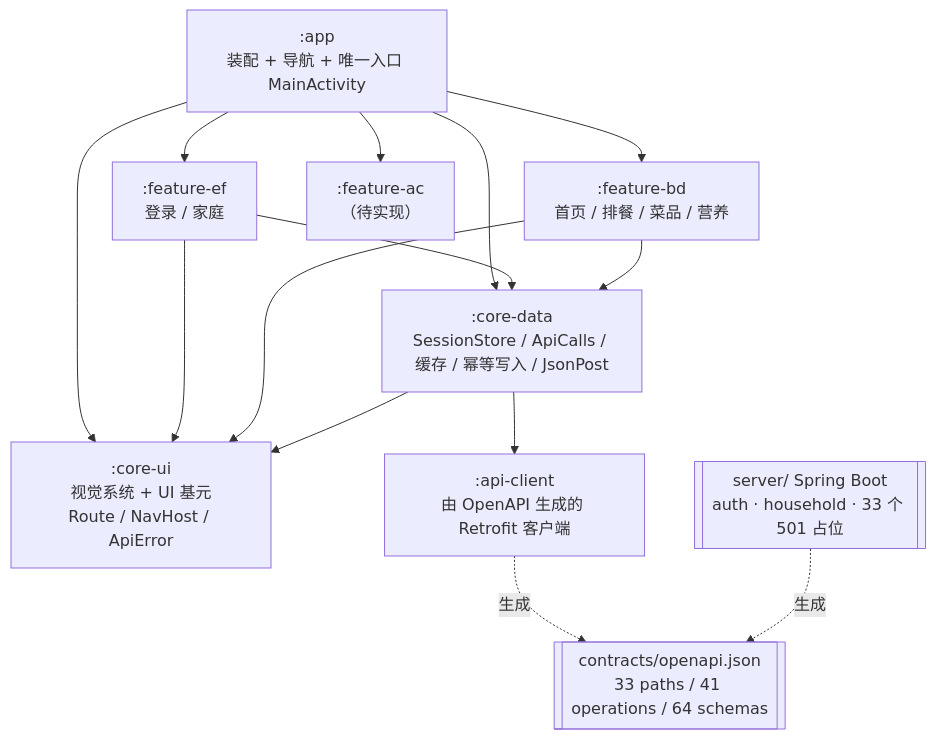
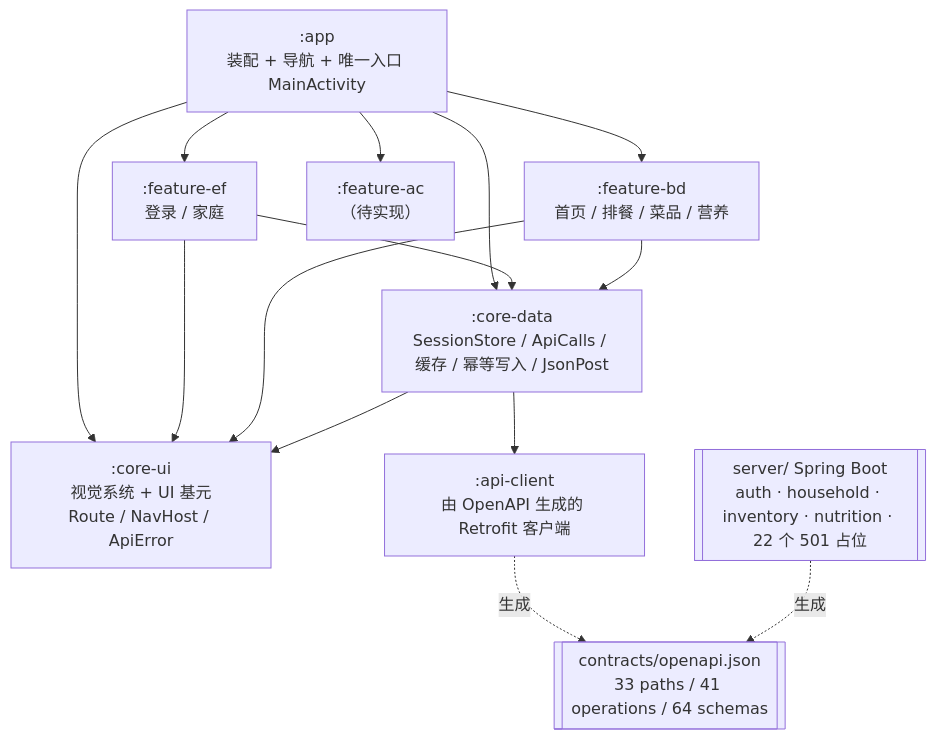
One commit to XJTLU-CSI301-Group27/civa-arch changed the diagram in README.md. Above: the diagram before and after it, drawn with Mermaid. The commit also changed other lines of this file and 67 other files, not shown here.

````diff
--- a/README.md
+++ b/README.md
@@ -30,19 +32,19 @@
 ```mermaid
 graph TD
     app[":app<br/>装配 + 导航 + 唯一入口 MainActivity"]
     ef[":feature-ef<br/>登录 / 家庭"]
     bd[":feature-bd<br/>首页 / 排餐 / 菜品 / 营养"]
     ac[":feature-ac<br/>（待实现）"]
     ui[":core-ui<br/>视觉系统 + UI 基元<br/>Route / NavHost / ApiError"]
     data[":core-data<br/>SessionStore / ApiCalls / 缓存 / 幂等写入 / JsonPost"]
     api[":api-client<br/>由 OpenAPI 生成的 Retrofit 客户端"]
     contract[["contracts/openapi.json<br/>33 paths / 41 operations / 64 schemas"]]
-    server[["server/ Spring Boot<br/>auth · household · 33 个 501 占位"]]
+    server[["server/ Spring Boot<br/>auth · household · inventory · nutrition · 22 个 501 占位"]]
 
     app --> ef & bd & ac & ui & data
     ef --> ui & data
     bd --> ui & data
     data --> ui & api
     api -. 生成 .-> contract
     server -. 生成 .-> contract
 ```
````
